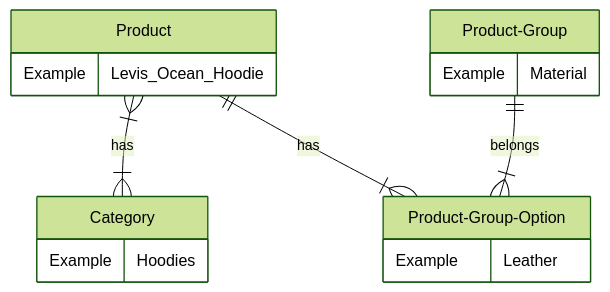
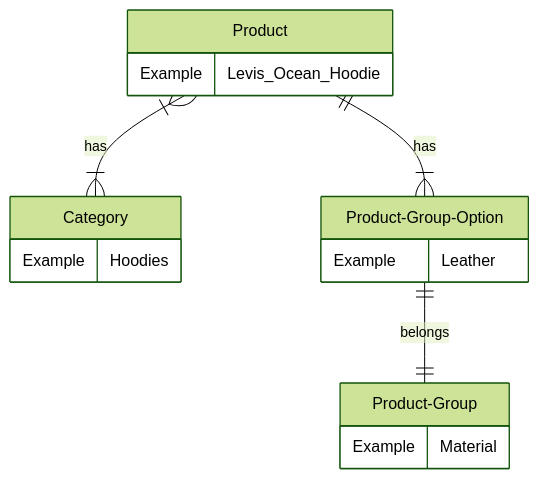
The first of 2 diagrams in concepts/commerce/catalog/products.md (shopware/docs), drawn with Mermaid (forest theme) before and after one commit. The commit also changed other lines of this file and 11 other files, not shown here.

````diff
--- a/concepts/commerce/catalog/products.md
+++ b/concepts/commerce/catalog/products.md
@@ -23,18 +23,18 @@
 ```mermaid
 erDiagram
     Product}|--|{ Category : has
     Product {
         Example Levis_Ocean_Hoodie
     }
     Category {
         Example Hoodies
     }
     Product ||--|{ Product-Group-Option : has
     Product-Group-Option{
         Example Leather
     }
-    Product-Group ||--|{ Product-Group-Option : belongs
+    Product-Group-Option ||--|| Product-Group : belongs
     Product-Group{
         Example Material
     }
 ```
````
